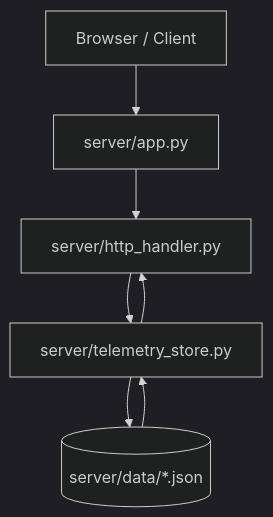
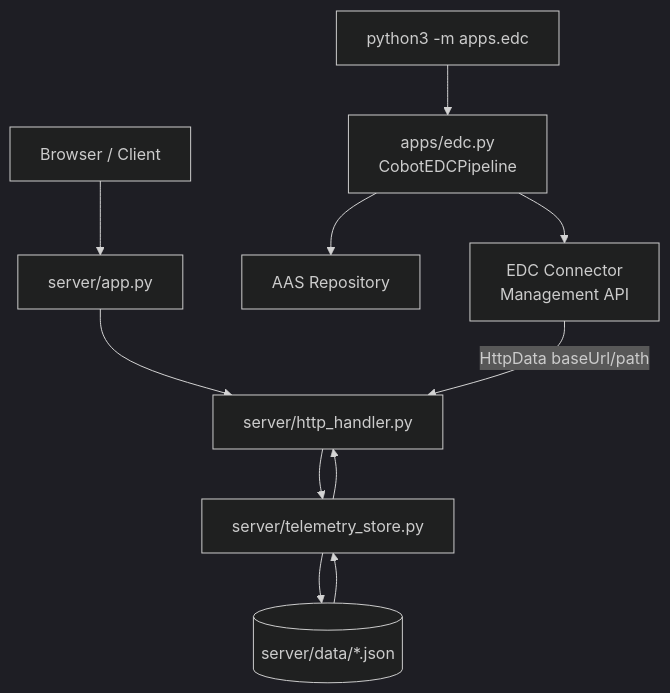
One commit to sayoon01/catenax-cobot-dataspace changed the first of 10 diagrams in server/PIPELINE.md. Above: the diagram before and after it, drawn with Mermaid (dark theme). The commit also changed other lines of this file and 3 other files, not shown here.

First line of the commit message:
docs: expand pipeline and EDC flow documentation

````diff
--- a/server/PIPELINE.md
+++ b/server/PIPELINE.md
@@ -7,9 +9,14 @@
 ```mermaid
 flowchart TD
     CLIENT[Browser / Client] --> APP[server/app.py]
     APP --> HH[server/http_handler.py]
     HH --> TS[server/telemetry_store.py]
     TS --> DATA[(server/data/*.json)]
     DATA --> TS
     TS --> HH
+
+    CLI[python3 -m apps.edc] --> EDCPIPE[apps/edc.py<br/>CobotEDCPipeline]
+    EDCPIPE --> AAS[AAS Repository]
+    EDCPIPE --> CONN[EDC Connector<br/>Management API]
+    CONN -->|HttpData baseUrl/path| HH
 ```
````
